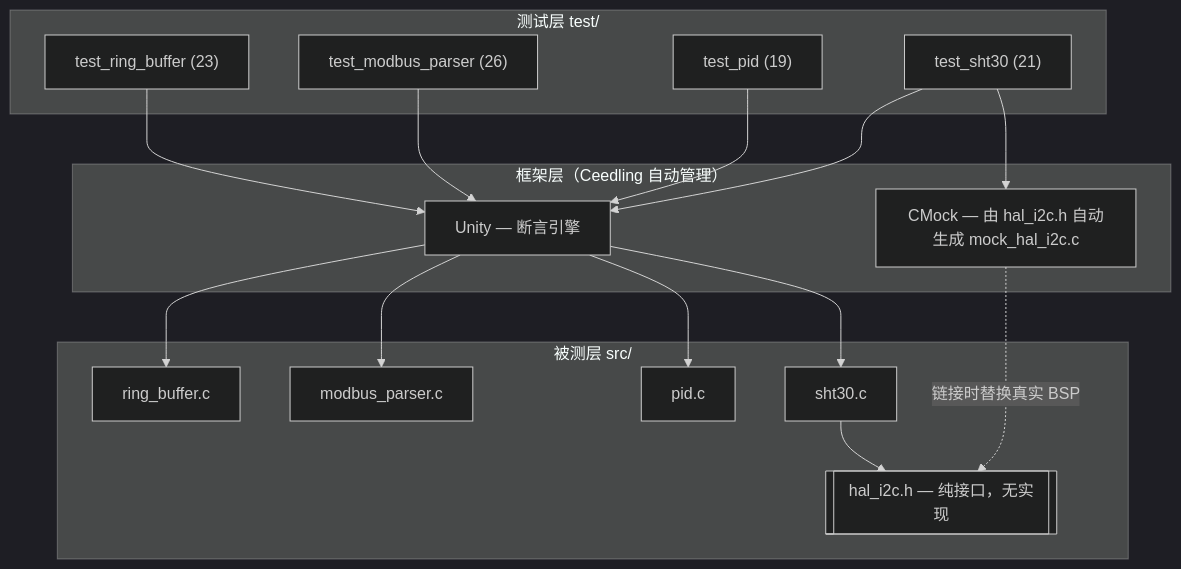
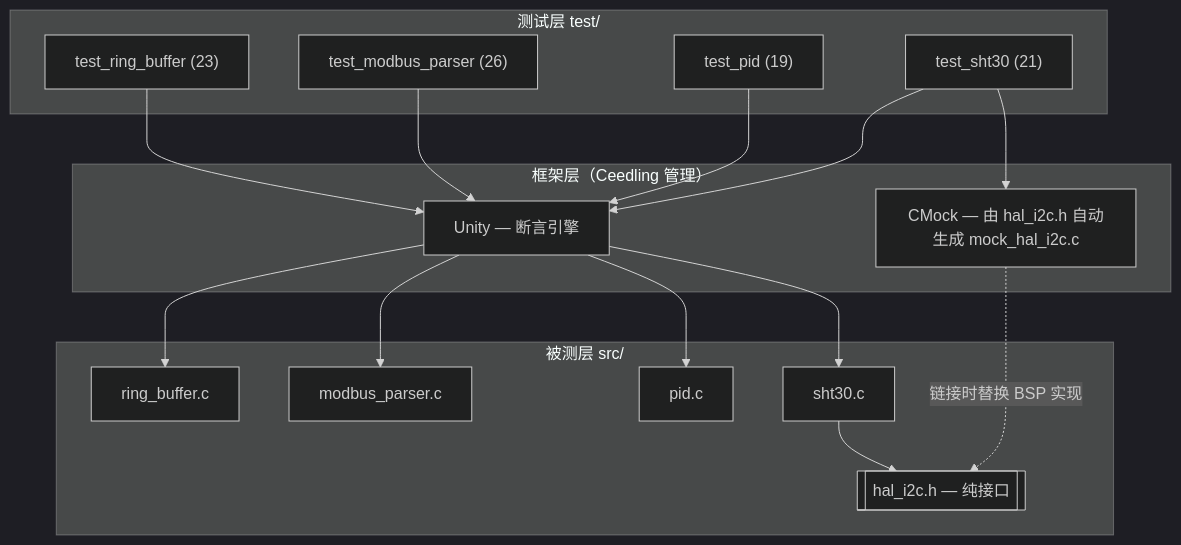
One commit to orange0731/embedded-c-test changed the diagram in README.md. Above: the diagram before and after it, drawn with Mermaid (dark theme). The commit also changed other lines of this file, not shown here.

````diff
--- a/README.md
+++ b/README.md
@@ -15,27 +29,27 @@
 ```mermaid
 flowchart TB
     subgraph TEST["测试层 test/"]
         T1["test_ring_buffer (23)"]
         T2["test_modbus_parser (26)"]
         T3["test_pid (19)"]
         T4["test_sht30 (21)"]
     end
-    subgraph FW["框架层（Ceedling 自动管理）"]
+    subgraph FW["框架层（Ceedling 管理）"]
         U["Unity — 断言引擎"]
         M["CMock — 由 hal_i2c.h 自动生成 mock_hal_i2c.c"]
     end
     subgraph SRC["被测层 src/"]
         RB["ring_buffer.c"]
         MB["modbus_parser.c"]
         PID["pid.c"]
         SHT["sht30.c"]
-        HAL[["hal_i2c.h — 纯接口，无实现"]]
+        HAL[["hal_i2c.h — 纯接口"]]
     end
     T1 --> U --> RB
     T2 --> U --> MB
     T3 --> U --> PID
     T4 --> U --> SHT
     T4 --> M
-    M -. "链接时替换真实 BSP" .-> HAL
+    M -. "链接时替换 BSP 实现" .-> HAL
     SHT --> HAL
 ```
````
